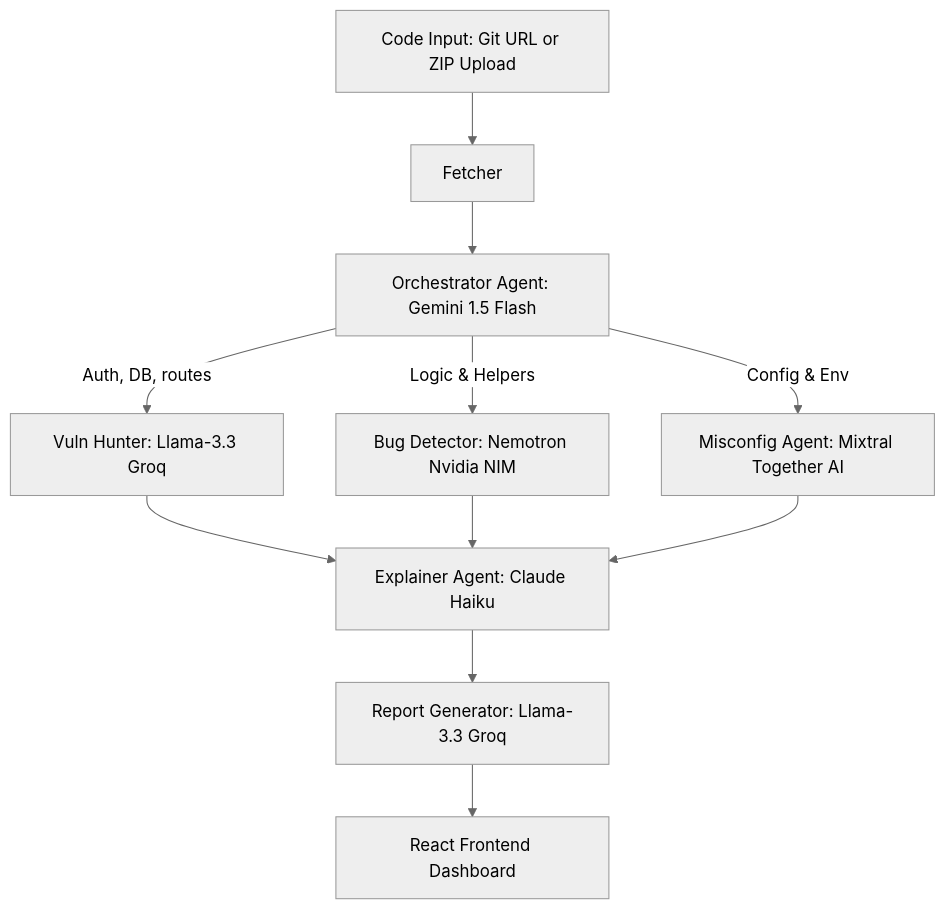
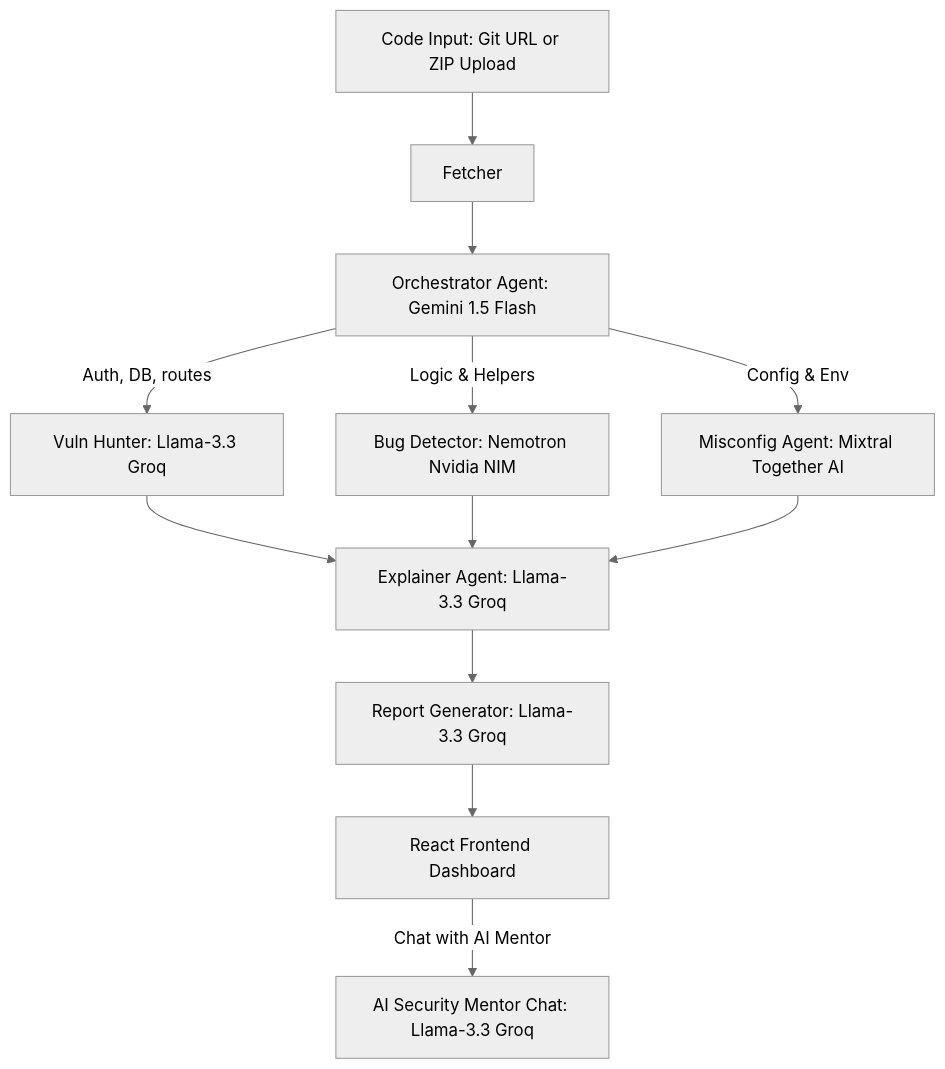
Before and after one commit to vaishnavanS/VlnMyth: the diagram in README.md, drawn with Mermaid (neutral theme). The commit also changed other lines of this file and 15 other files, not shown here.

````diff
--- a/README.md
+++ b/README.md
@@ -7,13 +7,14 @@
 ```mermaid
 graph TD
     A[Code Input: Git URL or ZIP Upload] --> B[Fetcher]
     B --> C[Orchestrator Agent: Gemini 1.5 Flash]
     C -->|Auth, DB, routes| D[Vuln Hunter: Llama-3.3 Groq]
     C -->|Logic & Helpers| E[Bug Detector: Nemotron Nvidia NIM]
     C -->|Config & Env| F[Misconfig Agent: Mixtral Together AI]
-    D --> G[Explainer Agent: Claude Haiku]
+    D --> G[Explainer Agent: Llama-3.3 Groq]
     E --> G
     F --> G
     G --> H[Report Generator: Llama-3.3 Groq]
     H --> I[React Frontend Dashboard]
+    I -->|Chat with AI Mentor| J[AI Security Mentor Chat: Llama-3.3 Groq]
 ```
````
